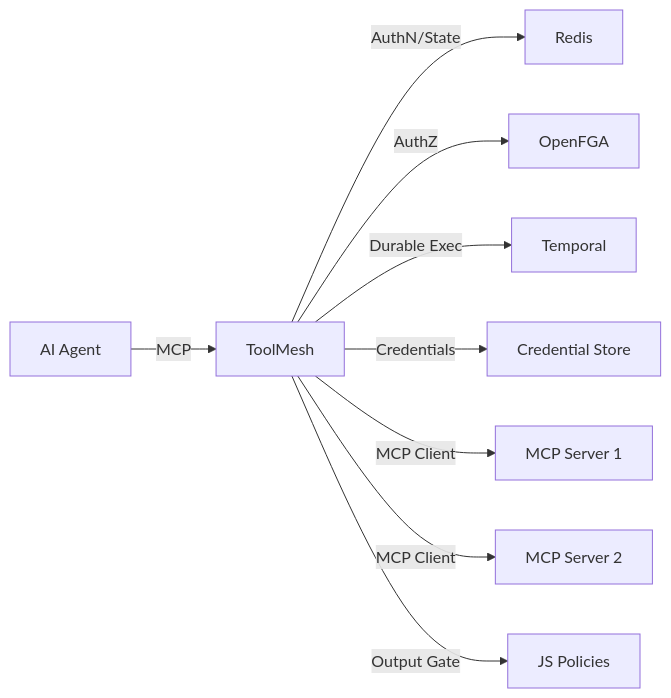
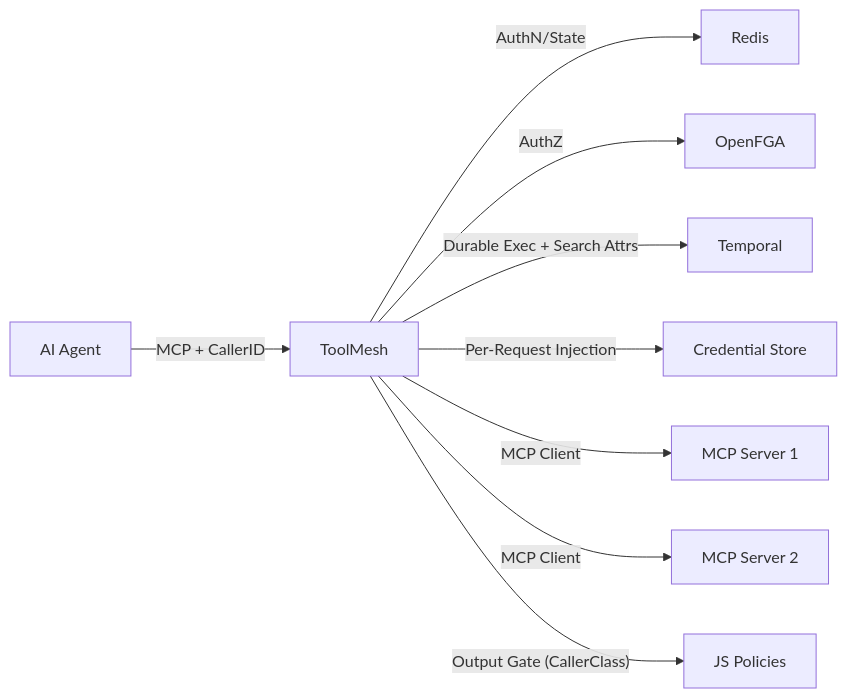
One commit to DunkelCloud/ToolMesh changed the diagram in README.md. Above: the diagram before and after it, drawn with Mermaid. The commit also changed other lines of this file and 16 other files, not shown here.

First line of the commit message:
feat(auth): add caller-origin tracking and credential injection pipeline

````diff
--- a/README.md
+++ b/README.md
@@ -125,11 +163,11 @@
 ```mermaid
 graph LR
-    Agent[AI Agent] -->|MCP| TM[ToolMesh]
+    Agent[AI Agent] -->|"MCP + CallerID"| TM[ToolMesh]
     TM -->|AuthN/State| Redis
     TM -->|AuthZ| FGA[OpenFGA]
-    TM -->|Durable Exec| Temporal
-    TM -->|Credentials| CS[Credential Store]
+    TM -->|Durable Exec + Search Attrs| Temporal
+    TM -->|Per-Request Injection| CS[Credential Store]
     TM -->|MCP Client| B1[MCP Server 1]
     TM -->|MCP Client| B2[MCP Server 2]
-    TM -->|Output Gate| Policy[JS Policies]
+    TM -->|"Output Gate (CallerClass)"| Policy[JS Policies]
 ```
````
